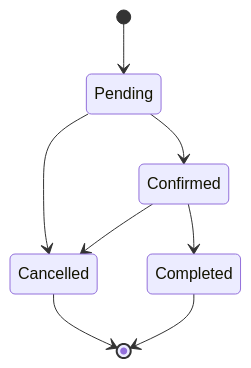
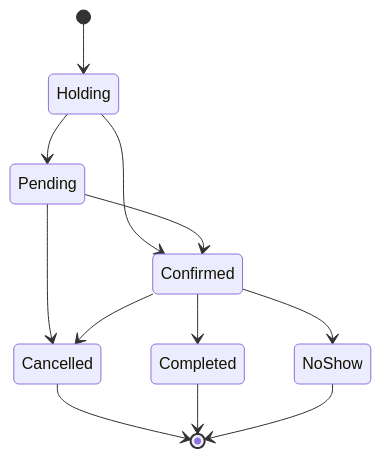
The fifth of 6 diagrams in docs/03-architecture/system-architecture/overview.md (vytehub/vt-docs-public), drawn with Mermaid before and after one commit. The commit also changed other lines of this file and 32 other files, not shown here.

````diff
--- a/docs/03-architecture/system-architecture/overview.md
+++ b/docs/03-architecture/system-architecture/overview.md
@@ -117,10 +124,14 @@
 ```mermaid
 stateDiagram-v2
-  [*] --> Pending
+  [*] --> Holding
+  Holding --> Pending
+  Holding --> Confirmed
   Pending --> Confirmed
   Pending --> Cancelled
   Confirmed --> Completed
   Confirmed --> Cancelled
+  Confirmed --> NoShow
   Cancelled --> [*]
   Completed --> [*]
+  NoShow --> [*]
 ```
````
